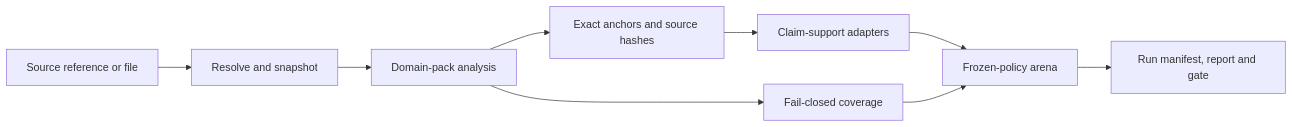
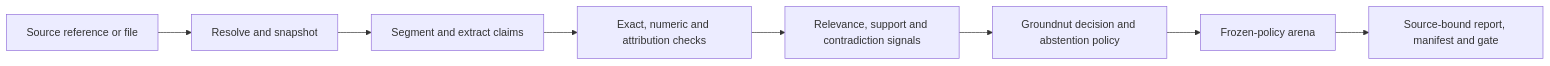
The diagram in README.md (b1rdmania/groundnut), drawn with Mermaid before and after one commit. The commit also changed other lines of this file, not shown here.

````diff
--- a/README.md
+++ b/README.md
@@ -67,11 +76,10 @@
 ```mermaid
 flowchart LR
     A["Source reference or file"] --> B["Resolve and snapshot"]
-    B --> C["Domain-pack analysis"]
-    C --> D["Exact anchors and source hashes"]
-    D --> E["Claim-support adapters"]
-    C --> F["Fail-closed coverage"]
-    E --> G["Frozen-policy arena"]
-    F --> G
-    G --> H["Run manifest, report and gate"]
+    B --> C["Segment and extract claims"]
+    C --> D["Exact, numeric and attribution checks"]
+    D --> E["Relevance, support and contradiction signals"]
+    E --> F["Groundnut decision and abstention policy"]
+    F --> G["Frozen-policy arena"]
+    G --> H["Source-bound report, manifest and gate"]
 ```
````
